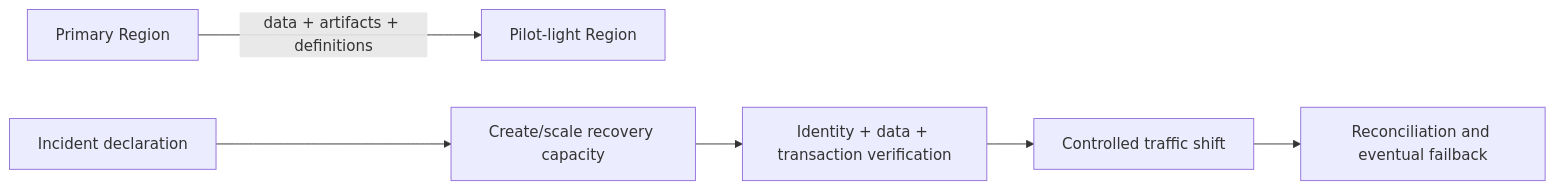
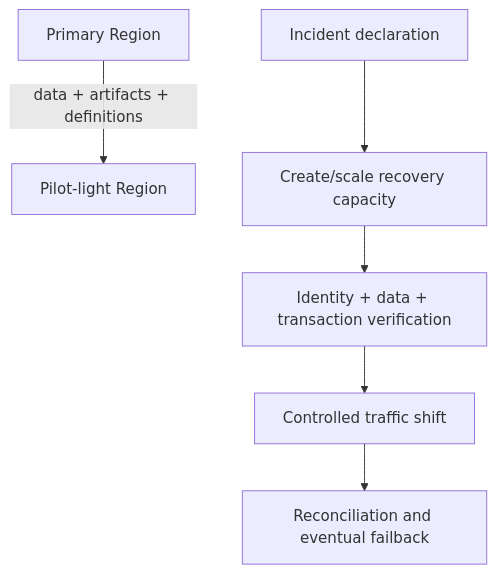
The diagram in labs/04-disaster-recovery/README.md (jeevanm84/aws-well-architected-production-labs), drawn with Mermaid before and after one commit. The commit also changed 3 other files, not shown here.

Commit message:
Improve architecture diagram readability (#2)

````diff
--- a/labs/04-disaster-recovery/README.md
+++ b/labs/04-disaster-recovery/README.md
@@ -7,8 +7,8 @@
 ```mermaid
-flowchart LR
+flowchart TB
   Primary[Primary Region] -->|data + artifacts + definitions| Recovery[Pilot-light Region]
   Declare[Incident declaration] --> Scale[Create/scale recovery capacity]
   Scale --> Verify[Identity + data + transaction verification]
   Verify --> DNS[Controlled traffic shift]
   DNS --> Failback[Reconciliation and eventual failback]
 ```
````
